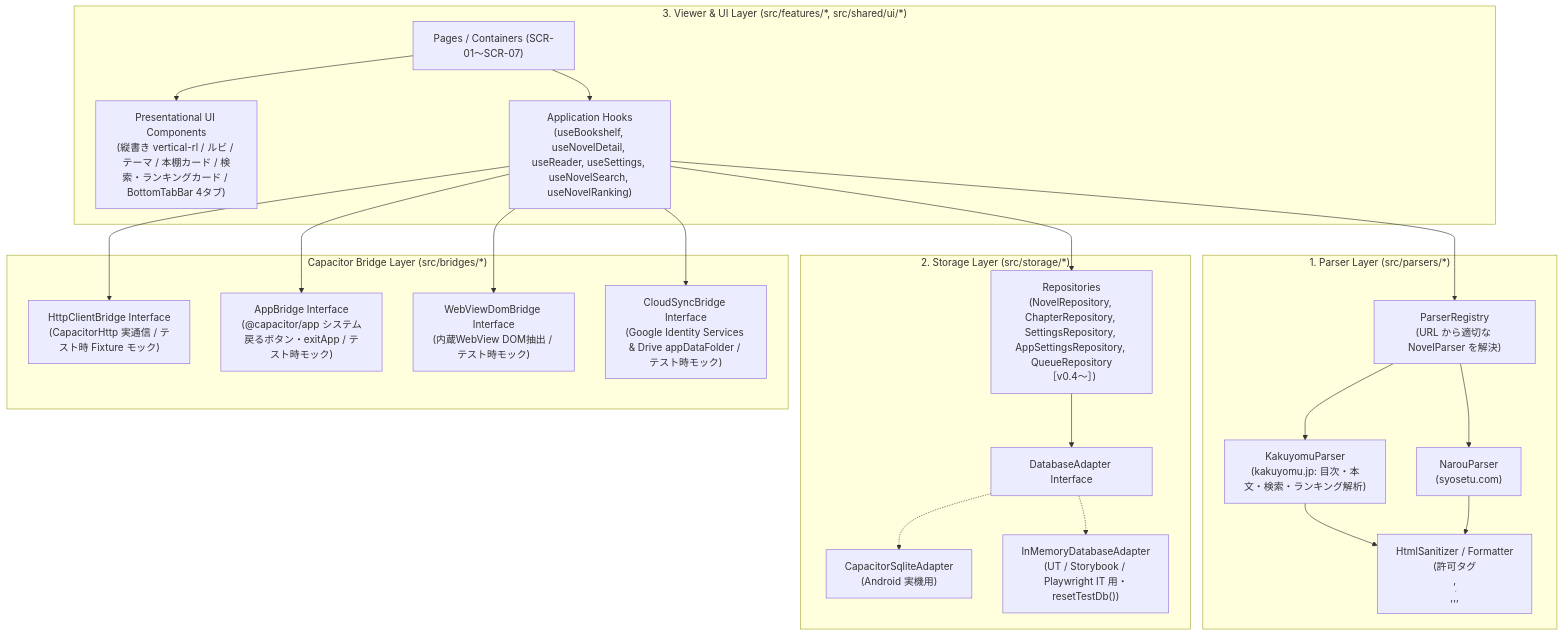
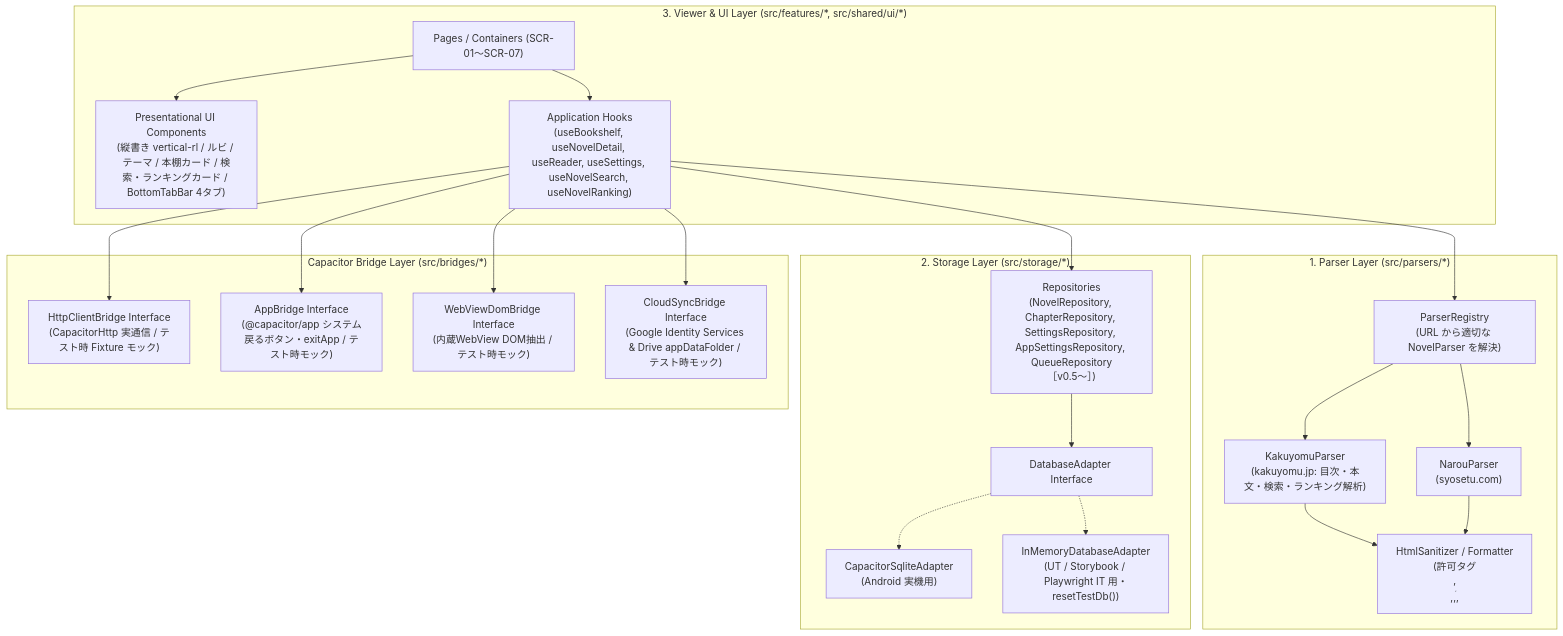
One commit to high-soar/Yommy changed the diagram in docs/specs/architecture.md. Above: the diagram before and after it, drawn with Mermaid. The commit also changed other lines of this file and 12 other files, not shown here.

````diff
--- a/docs/specs/architecture.md
+++ b/docs/specs/architecture.md
@@ -77,45 +80,45 @@
 ```mermaid
 flowchart TB
     subgraph UILayer ["3. Viewer & UI Layer (src/features/*, src/shared/ui/*)"]
         Pages["Pages / Containers (SCR-01〜SCR-07)"]
         Components["Presentational UI Components<br>(縦書き vertical-rl / ルビ / テーマ / 本棚カード / 検索・ランキングカード / BottomTabBar 4タブ)"]
         Hooks["Application Hooks<br>(useBookshelf, useNovelDetail, useReader, useSettings, useNovelSearch, useNovelRanking)"]
         Pages --> Components
         Pages --> Hooks
     end
 
     subgraph ParserLayer ["1. Parser Layer (src/parsers/*)"]
         Registry["ParserRegistry<br>(URL から適切な NovelParser を解決)"]
         Kakuyomu["KakuyomuParser<br>(kakuyomu.jp: 目次・本文・検索・ランキング解析)"]
         Narou["NarouParser<br>(syosetu.com)"]
         Sanitizer["HtmlSanitizer / Formatter<br>(許可タグ <p>,<br>,<ruby>,<rb>,<rt>,<rp>,<em> のみ保持)"]
         Registry --> Kakuyomu
         Registry --> Narou
         Kakuyomu --> Sanitizer
         Narou --> Sanitizer
     end
 
     subgraph StorageLayer ["2. Storage Layer (src/storage/*)"]
-        Repos["Repositories<br>(NovelRepository, ChapterRepository, SettingsRepository, AppSettingsRepository, QueueRepository［v0.4〜］)"]
+        Repos["Repositories<br>(NovelRepository, ChapterRepository, SettingsRepository, AppSettingsRepository, QueueRepository［v0.5〜］)"]
         DbAdapter["DatabaseAdapter Interface"]
         SqliteImpl["CapacitorSqliteAdapter<br>(Android 実機用)"]
         MemImpl["InMemoryDatabaseAdapter<br>(UT / Storybook / Playwright IT 用・resetTestDb())"]
         Repos --> DbAdapter
         DbAdapter -.-> SqliteImpl
         DbAdapter -.-> MemImpl
     end
 
     subgraph BridgeLayer ["Capacitor Bridge Layer (src/bridges/*)"]
         HttpBridge["HttpClientBridge Interface<br>(CapacitorHttp 実通信 / テスト時 Fixture モック)"]
         AppBridge["AppBridge Interface<br>(@capacitor/app システム戻るボタン・exitApp / テスト時モック)"]
         WebViewBridge["WebViewDomBridge Interface<br>(内蔵WebView DOM抽出 / テスト時モック)"]
         CloudSyncBridge["CloudSyncBridge Interface<br>(Google Identity Services & Drive appDataFolder / テスト時モック)"]
     end
 
     Hooks --> Registry
     Hooks --> Repos
     Hooks --> HttpBridge
     Hooks --> AppBridge
     Hooks --> WebViewBridge
     Hooks --> CloudSyncBridge
 ```
````
